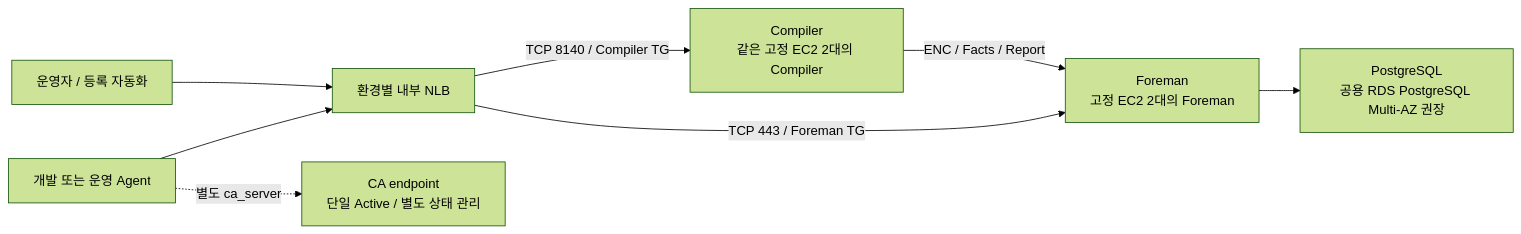
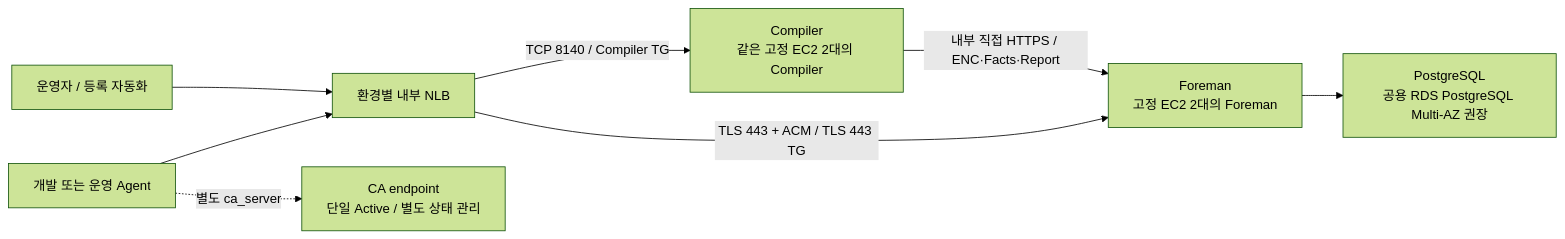
Before and after one commit to heyoon2j/y2-devops-lab: the diagram in foreman-puppet/docs/LB_AND_SCALING.md, drawn with Mermaid (forest theme). The commit also changed other lines of this file and 17 other files, not shown here.

Commit message:
feat(foreman-puppet): use ACM on NLB and separate backend service TLS

````diff
--- a/foreman-puppet/docs/LB_AND_SCALING.md
+++ b/foreman-puppet/docs/LB_AND_SCALING.md
@@ -41,10 +33,10 @@
 ```mermaid
 flowchart LR
     A["개발 또는 운영 Agent"] --> L["환경별 내부 NLB"]
     U["운영자 / 등록 자동화"] --> L
-    L -->|"TCP 443 / Foreman TG"| F["Foreman\n고정 EC2 2대의 Foreman"]
+    L -->|"TLS 443 + ACM / TLS 443 TG"| F["Foreman\n고정 EC2 2대의 Foreman"]
     L -->|"TCP 8140 / Compiler TG"| P["Compiler\n같은 고정 EC2 2대의 Compiler"]
     F --> D["PostgreSQL\n공용 RDS PostgreSQL Multi-AZ 권장"]
-    P -->|"ENC / Facts / Report"| F
+    P -->|"내부 직접 HTTPS / ENC·Facts·Report"| F
     A -.->|"별도 ca_server"| C["CA endpoint\n단일 Active / 별도 상태 관리"]
 ```
````
